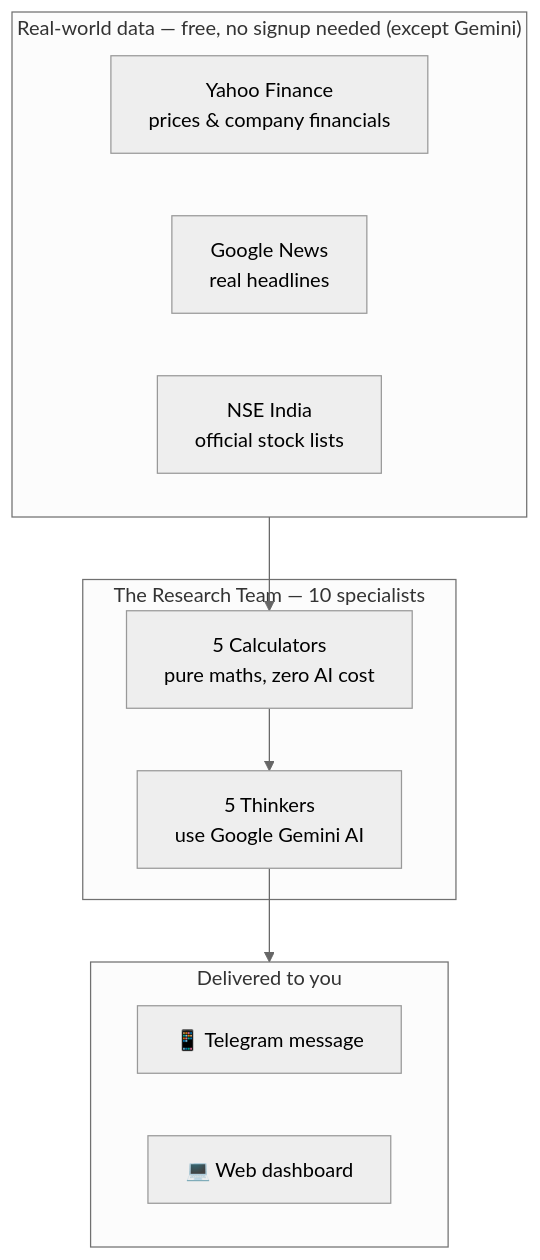
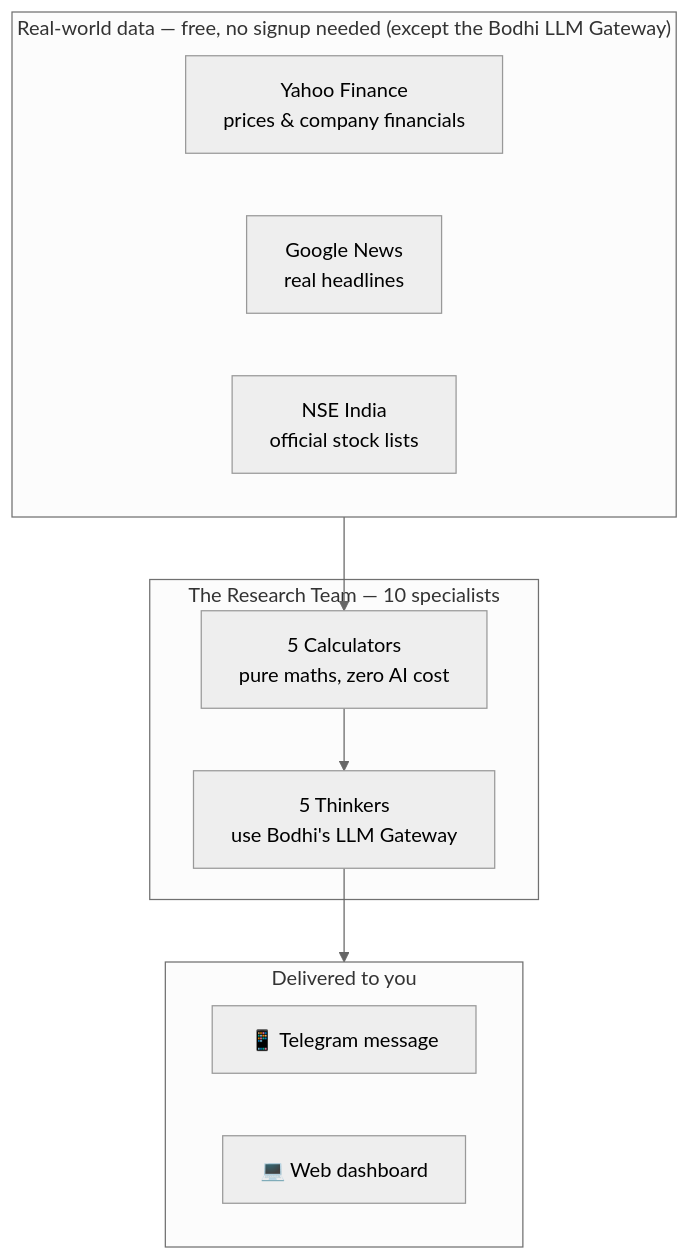
Before and after one commit to Diksha20Bhatia/ai-equity-analyst: the second of 4 diagrams in PROJECT_OVERVIEW.md, drawn with Mermaid (neutral theme). The commit also changed other lines of this file and 16 other files, not shown here.

Commit message:
Google vs bodhi gateway

````diff
--- a/PROJECT_OVERVIEW.md
+++ b/PROJECT_OVERVIEW.md
@@ -27,20 +29,20 @@
 ```mermaid
 flowchart TB
-    subgraph Inputs["Real-world data — free, no signup needed (except Gemini)"]
+    subgraph Inputs["Real-world data — free, no signup needed (except the Bodhi LLM Gateway)"]
         YF["Yahoo Finance<br/>prices & company financials"]
         GN["Google News<br/>real headlines"]
         NSE["NSE India<br/>official stock lists"]
     end
 
     subgraph Team["The Research Team — 10 specialists"]
         Calc["5 Calculators<br/>pure maths, zero AI cost"]
-        Think["5 Thinkers<br/>use Google Gemini AI"]
+        Think["5 Thinkers<br/>use Bodhi's LLM Gateway"]
     end
 
     subgraph Outputs["Delivered to you"]
         TG["📱 Telegram message"]
         Dash["💻 Web dashboard"]
     end
 
     Inputs --> Calc --> Think --> Outputs
 ```
````
